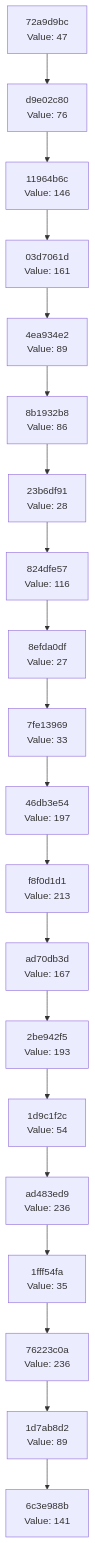
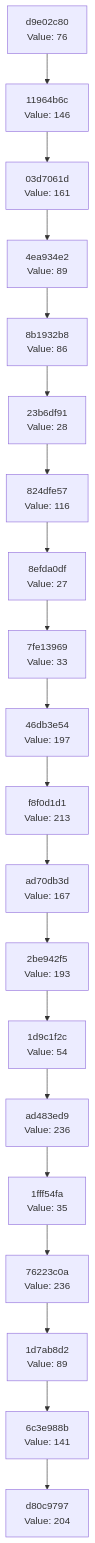
The diagram in docs/CHAIN_VISUALIZATION.md (Abhisheksinha1506/hash-chain-evolver), drawn with Mermaid before and after one commit. The commit also changed 3 other files, not shown here.

````diff
--- a/docs/CHAIN_VISUALIZATION.md
+++ b/docs/CHAIN_VISUALIZATION.md
@@ -3,42 +3,42 @@
 ```mermaid
 graph TD
-    C0["6c3e988b<br/>Value: 141"]
-    C1["1d7ab8d2<br/>Value: 89"]
+    C0["d80c9797<br/>Value: 204"]
+    C1["6c3e988b<br/>Value: 141"]
     C1 --> C0
-    C2["76223c0a<br/>Value: 236"]
+    C2["1d7ab8d2<br/>Value: 89"]
     C2 --> C1
-    C3["1fff54fa<br/>Value: 35"]
+    C3["76223c0a<br/>Value: 236"]
     C3 --> C2
-    C4["ad483ed9<br/>Value: 236"]
+    C4["1fff54fa<br/>Value: 35"]
     C4 --> C3
-    C5["1d9c1f2c<br/>Value: 54"]
+    C5["ad483ed9<br/>Value: 236"]
     C5 --> C4
-    C6["2be942f5<br/>Value: 193"]
+    C6["1d9c1f2c<br/>Value: 54"]
     C6 --> C5
-    C7["ad70db3d<br/>Value: 167"]
+    C7["2be942f5<br/>Value: 193"]
     C7 --> C6
-    C8["f8f0d1d1<br/>Value: 213"]
+    C8["ad70db3d<br/>Value: 167"]
     C8 --> C7
-    C9["46db3e54<br/>Value: 197"]
+    C9["f8f0d1d1<br/>Value: 213"]
     C9 --> C8
-    C10["7fe13969<br/>Value: 33"]
+    C10["46db3e54<br/>Value: 197"]
     C10 --> C9
-    C11["8efda0df<br/>Value: 27"]
+    C11["7fe13969<br/>Value: 33"]
     C11 --> C10
-    C12["824dfe57<br/>Value: 116"]
+    C12["8efda0df<br/>Value: 27"]
     C12 --> C11
-    C13["23b6df91<br/>Value: 28"]
+    C13["824dfe57<br/>Value: 116"]
     C13 --> C12
-    C14["8b1932b8<br/>Value: 86"]
+    C14["23b6df91<br/>Value: 28"]
     C14 --> C13
-    C15["4ea934e2<br/>Value: 89"]
+    C15["8b1932b8<br/>Value: 86"]
     C15 --> C14
-    C16["03d7061d<br/>Value: 161"]
+    C16["4ea934e2<br/>Value: 89"]
     C16 --> C15
-    C17["11964b6c<br/>Value: 146"]
+    C17["03d7061d<br/>Value: 161"]
     C17 --> C16
-    C18["d9e02c80<br/>Value: 76"]
+    C18["11964b6c<br/>Value: 146"]
     C18 --> C17
-    C19["72a9d9bc<br/>Value: 47"]
+    C19["d9e02c80<br/>Value: 76"]
     C19 --> C18
 ```
````
